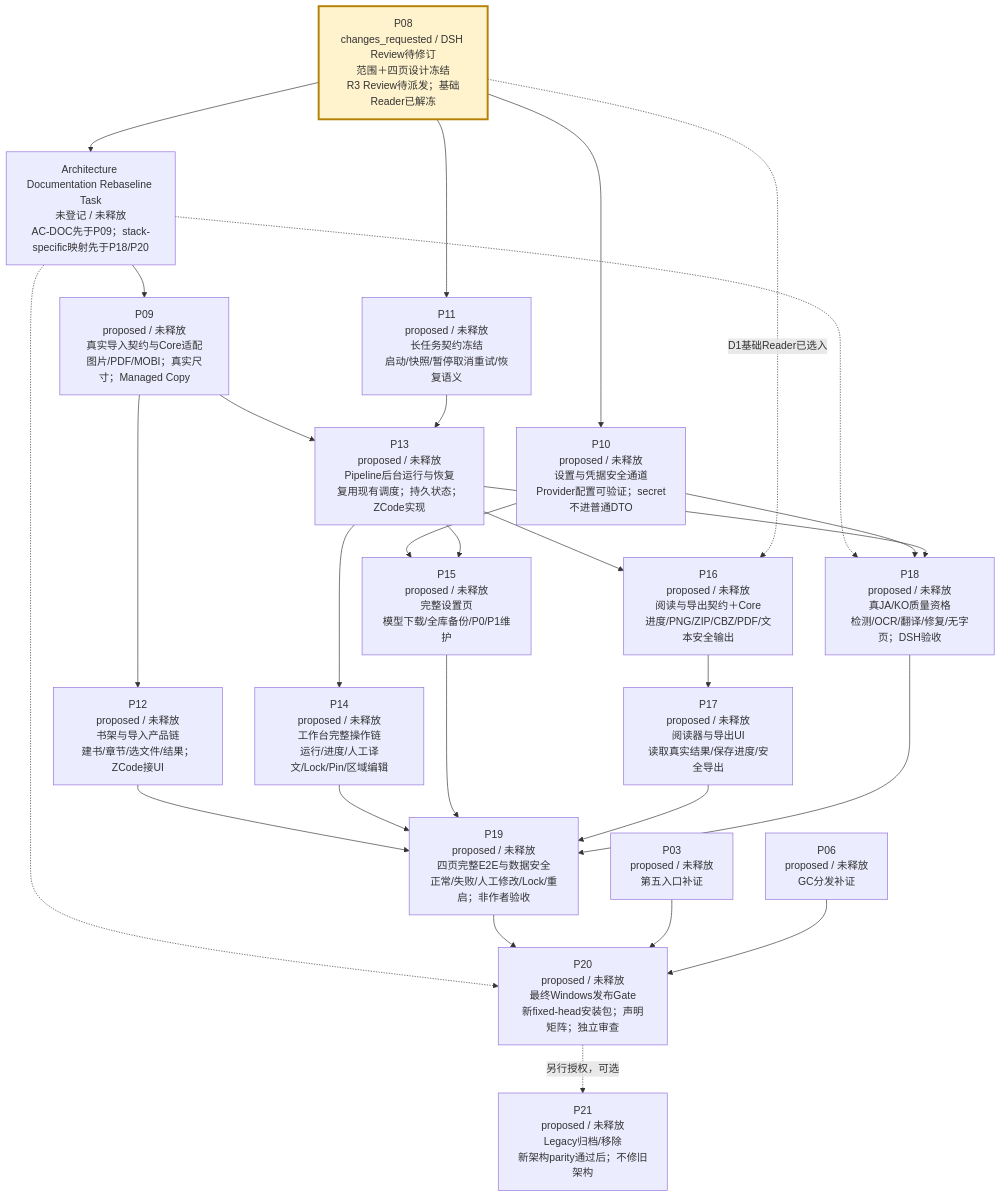
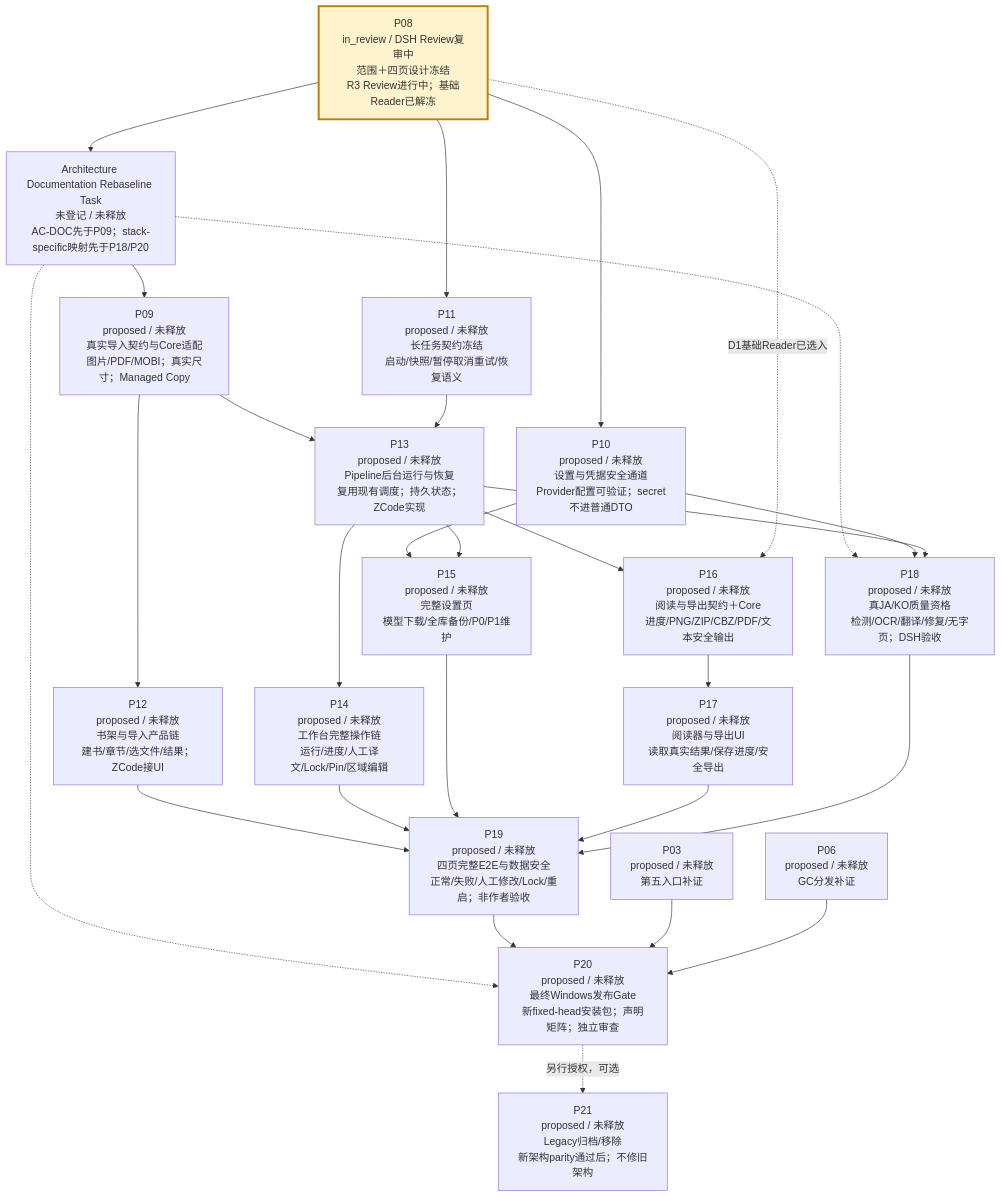
One commit to peakwheat-pixel/New-Manga changed the third of 4 diagrams in verification/PROJECT-ROADMAP-20261008/ROADMAP.md. Above: the diagram before and after it, drawn with Mermaid. The commit also changed other lines of this file and 11 other files, not shown here.

Commit message:
docs(P08): mark third DSH review in progress

````diff
--- a/verification/PROJECT-ROADMAP-20261008/ROADMAP.md
+++ b/verification/PROJECT-ROADMAP-20261008/ROADMAP.md
@@ -47,30 +47,30 @@
 ```mermaid
 flowchart TB
-  P08["P08<br/>changes_requested / DSH Review待修订<br/>范围＋四页设计冻结<br/>R3 Review待派发；基础Reader已解冻"] --> ARCHDOC["Architecture Documentation Rebaseline Task<br/>未登记 / 未释放<br/>AC-DOC先于P09；stack-specific映射先于P18/P20"]
+  P08["P08<br/>in_review / DSH Review复审中<br/>范围＋四页设计冻结<br/>R3 Review进行中；基础Reader已解冻"] --> ARCHDOC["Architecture Documentation Rebaseline Task<br/>未登记 / 未释放<br/>AC-DOC先于P09；stack-specific映射先于P18/P20"]
   ARCHDOC --> P09["P09<br/>proposed / 未释放<br/>真实导入契约与Core适配<br/>图片/PDF/MOBI；真实尺寸；Managed Copy"]
   ARCHDOC -.-> P18
   ARCHDOC -.-> P20
   P08 --> P10["P10<br/>proposed / 未释放<br/>设置与凭据安全通道<br/>Provider配置可验证；secret不进普通DTO"]
   P08 --> P11["P11<br/>proposed / 未释放<br/>长任务契约冻结<br/>启动/快照/暂停取消重试/恢复语义"]
   P09 --> P12["P12<br/>proposed / 未释放<br/>书架与导入产品链<br/>建书/章节/选文件/结果；ZCode接UI"]
   P09 --> P13["P13<br/>proposed / 未释放<br/>Pipeline后台运行与恢复<br/>复用现有调度；持久状态；ZCode实现"]
   P11 --> P13
   P13 --> P14["P14<br/>proposed / 未释放<br/>工作台完整操作链<br/>运行/进度/人工译文/Lock/Pin/区域编辑"]
   P10 --> P15["P15<br/>proposed / 未释放<br/>完整设置页<br/>模型下载/全库备份/P0/P1维护"]
   P13 --> P15
   P13 --> P16["P16<br/>proposed / 未释放<br/>阅读与导出契约＋Core<br/>进度/PNG/ZIP/CBZ/PDF/文本安全输出"]
   P08 -. "D1基础Reader已选入" .-> P16
   P16 --> P17["P17<br/>proposed / 未释放<br/>阅读器与导出UI<br/>读取真实结果/保存进度/安全导出"]
   P10 --> P18["P18<br/>proposed / 未释放<br/>真JA/KO质量资格<br/>检测/OCR/翻译/修复/无字页；DSH验收"]
   P13 --> P18
   P12 --> P19["P19<br/>proposed / 未释放<br/>四页完整E2E与数据安全<br/>正常/失败/人工修改/Lock/重启；非作者验收"]
   P14 --> P19
   P15 --> P19
   P17 --> P19
   P18 --> P19
   P19 --> P20["P20<br/>proposed / 未释放<br/>最终Windows发布Gate<br/>新fixed-head安装包；声明矩阵；独立审查"]
   P03["P03<br/>proposed / 未释放<br/>第五入口补证"] --> P20
   P06["P06<br/>proposed / 未释放<br/>GC分发补证"] --> P20
   P20 -. "另行授权，可选" .-> P21["P21<br/>proposed / 未释放<br/>Legacy归档/移除<br/>新架构parity通过后；不修旧架构"]
   style P08 fill:#fff3cd,stroke:#b58105,stroke-width:3px
 ```
````
